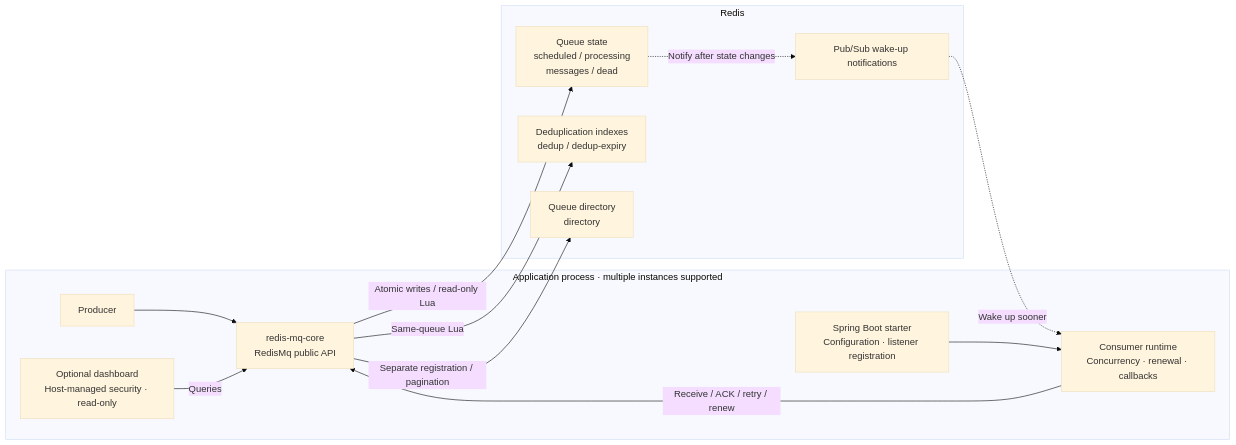
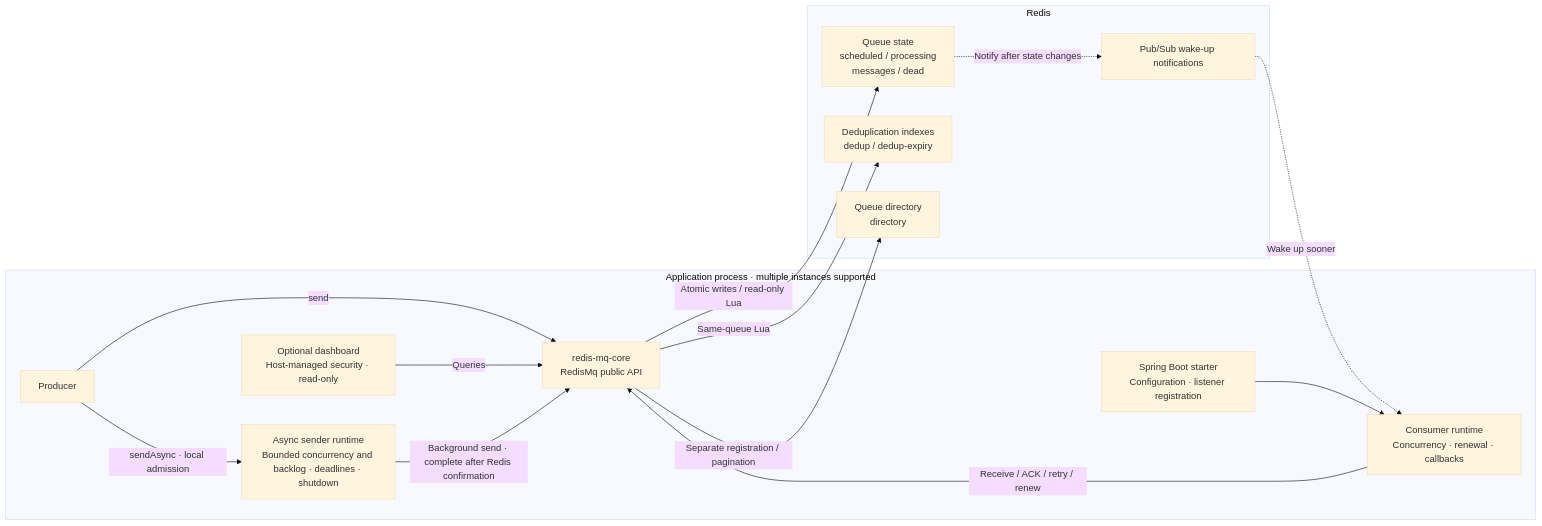
Before and after one commit to linbin-mk/redismq: the first of 2 diagrams in README.en.md, drawn with Mermaid (base theme). The commit also changed other lines of this file and 26 other files, not shown here.

````diff
--- a/README.en.md
+++ b/README.en.md
@@ -102,20 +108,22 @@
 ```mermaid
 flowchart LR
     subgraph APP["Application process · multiple instances supported"]
-        P["Producer"] --> C["redis-mq-core<br/>RedisMq public API"]
+        P["Producer"] -->|"send"| C["redis-mq-core<br/>RedisMq public API"]
+        P -->|"sendAsync · local admission"| A["Async sender runtime<br/>Bounded concurrency and backlog · deadlines · shutdown"]
+        A -->|"Background send · complete after Redis confirmation"| C
         S["Spring Boot starter<br/>Configuration · listener registration"] --> W["Consumer runtime<br/>Concurrency · renewal · callbacks"]
         W -->|"Receive / ACK / retry / renew"| C
         D["Optional dashboard<br/>Host-managed security · read-only"] -->|"Queries"| C
     end
     subgraph REDIS["Redis"]
         Q["Queue state<br/>scheduled / processing<br/>messages / dead"]
         I["Deduplication indexes<br/>dedup / dedup-expiry"]
         R["Queue directory<br/>directory"]
         N["Pub/Sub wake-up notifications"]
     end
     C -->|"Atomic writes / read-only Lua"| Q
     C -->|"Same-queue Lua"| I
     C -->|"Separate registration / pagination"| R
     Q -.->|"Notify after state changes"| N
     N -.->|"Wake up sooner"| W
 ```
````
